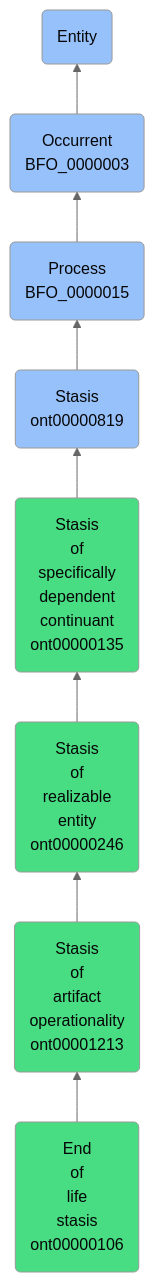
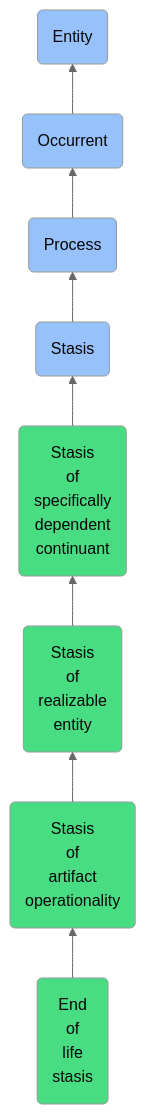
Before and after one commit to jupyter-naas/abi: the diagram in docs/ontology/reference/model/Entity/Occurrent/Process/Stasis/Stasis of specifically dependent continuant/Stasis of realizable entity/Stasis of artifact operationality/End of life stasis/End of life stasis.md, drawn with Mermaid (neutral theme). The commit also changed other lines of this file and 1430 other files, not shown here.

````diff
--- a/docs/ontology/reference/model/Entity/Occurrent/Process/Stasis/Stasis of specifically dependent continuant/Stasis of realizable entity/Stasis of artifact operationality/End of life stasis/End of life stasis.md
+++ b/docs/ontology/reference/model/Entity/Occurrent/Process/Stasis/Stasis of specifically dependent continuant/Stasis of realizable entity/Stasis of artifact operationality/End of life stasis/End of life stasis.md
@@ -24,15 +24,15 @@
 ```mermaid
 graph BT
-    ont00000106(End<br>of<br>life<br>stasis<br>ont00000106):::ABI-->ont00001213
-    ont00001213(Stasis<br>of<br>artifact<br>operationality<br>ont00001213):::ABI-->ont00000246
-    ont00000246(Stasis<br>of<br>realizable<br>entity<br>ont00000246):::ABI-->ont00000135
-    ont00000135(Stasis<br>of<br>specifically<br>dependent<br>continuant<br>ont00000135):::ABI-->ont00000819
-    ont00000819(Stasis<br>ont00000819):::BFO-->BFO_0000015
-    BFO_0000015(Process<br>BFO_0000015):::BFO-->BFO_0000003
-    BFO_0000003(Occurrent<br>BFO_0000003):::BFO-->BFO_0000001
+    ont00000106(End<br>of<br>life<br>stasis):::ABI-->ont00001213
+    ont00001213(Stasis<br>of<br>artifact<br>operationality):::ABI-->ont00000246
+    ont00000246(Stasis<br>of<br>realizable<br>entity):::ABI-->ont00000135
+    ont00000135(Stasis<br>of<br>specifically<br>dependent<br>continuant):::ABI-->ont00000819
+    ont00000819(Stasis):::BFO-->BFO_0000015
+    BFO_0000015(Process):::BFO-->BFO_0000003
+    BFO_0000003(Occurrent):::BFO-->BFO_0000001
     BFO_0000001(Entity):::BFO
     
     classDef BFO fill:#97c1fb,color:#060606
     classDef CCO fill:#e4c51e,color:#060606
     classDef ABI fill:#48DD82,color:#060606
 ```
````
